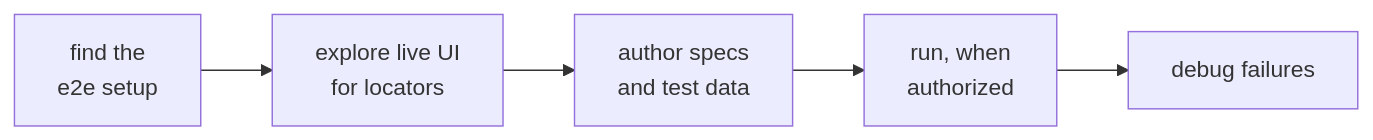
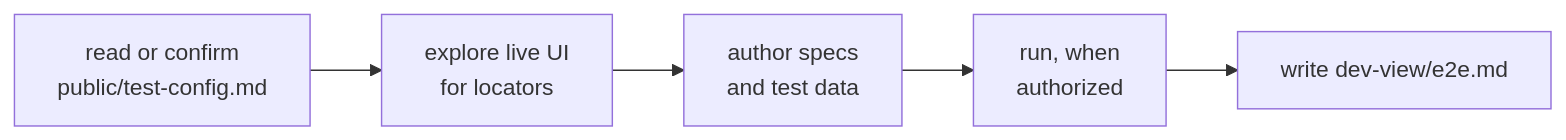
One commit to le0u0/just-do-it changed the diagram in docs/go-e2e.md. Above: the diagram before and after it, drawn with Mermaid. The commit also changed other lines of this file and 84 other files, not shown here.

Commit message:
feat!: replace justaway mode with independent skill storage, go-setup, go-flow, and to-test-doc

````diff
--- a/docs/go-e2e.md
+++ b/docs/go-e2e.md
@@ -7,7 +7,7 @@
 ```mermaid
 flowchart LR
-    A[find the<br/>e2e setup] --> B[explore live UI<br/>for locators]
+    A[read or confirm<br/>public/test-config.md] --> B[explore live UI<br/>for locators]
     B --> C[author specs<br/>and test data]
     C --> D[run, when<br/>authorized]
-    D --> E[debug failures]
+    D --> E[write dev-view/e2e.md]
 ```
````
